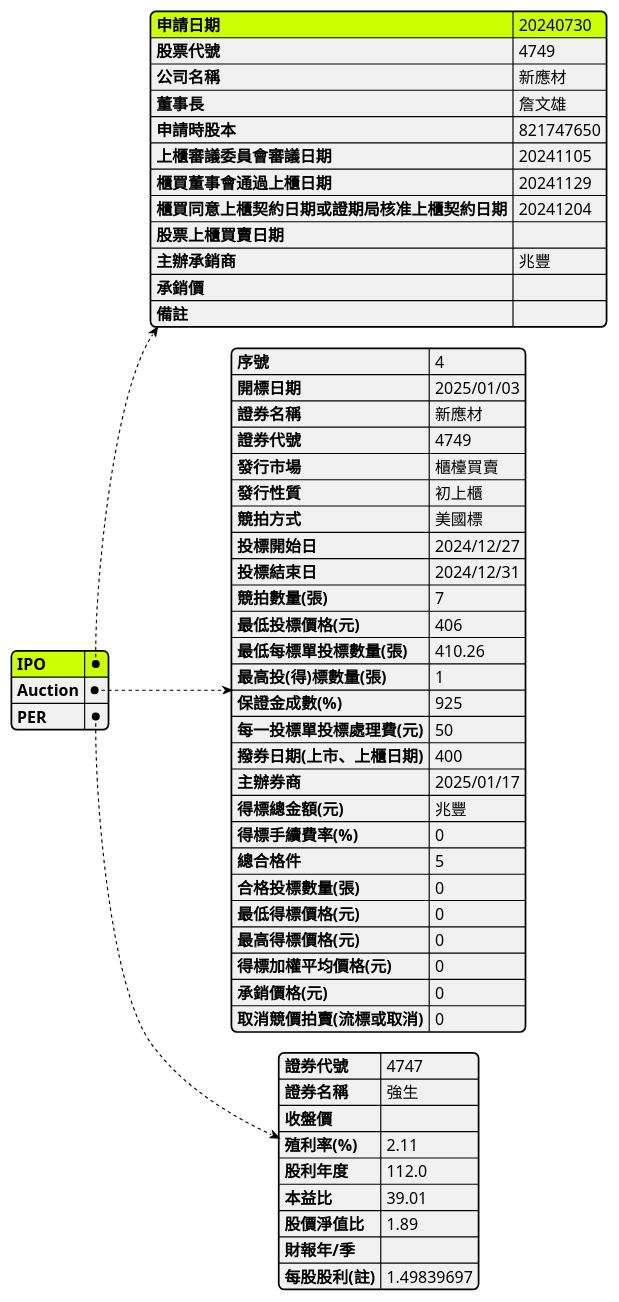
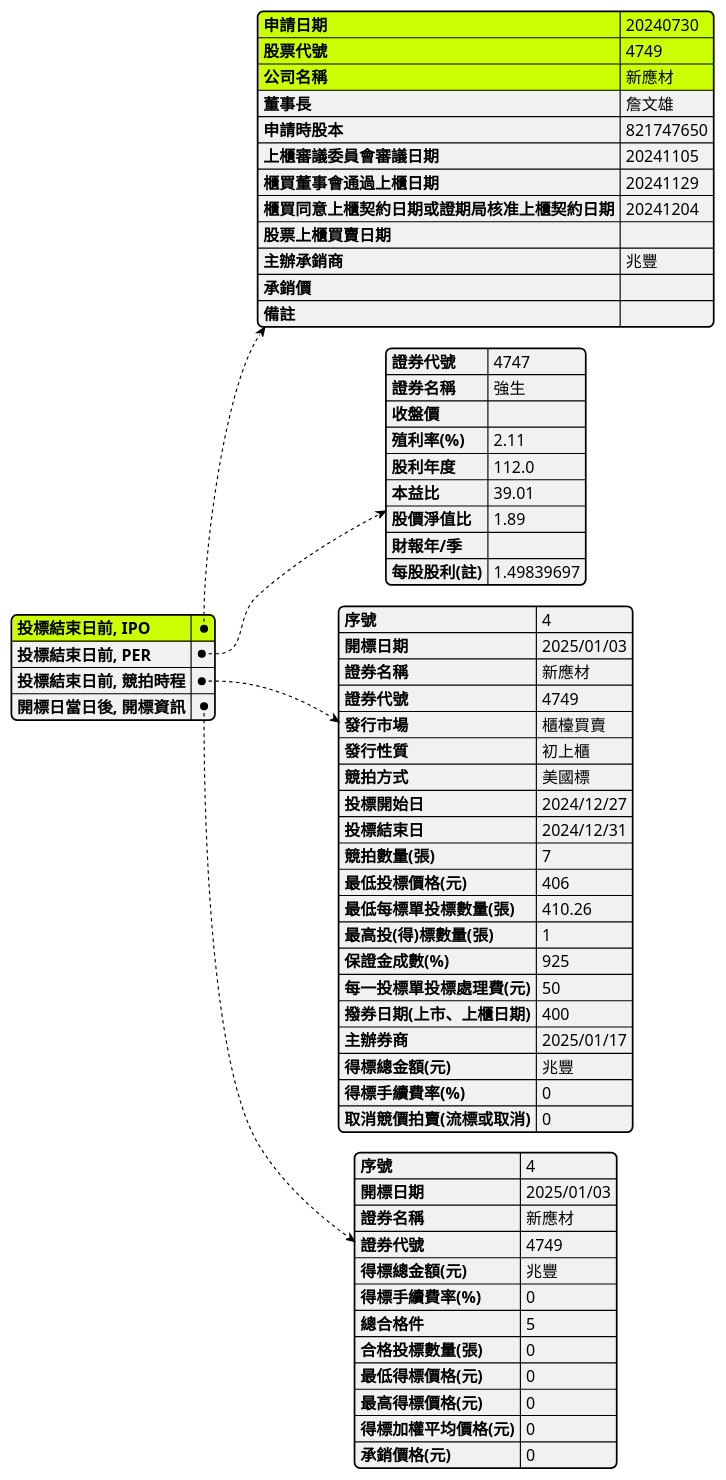
The diagram in IPO.plantuml (wenchiehlee/Selenium-Actions.Auction), drawn with PlantUML before and after one commit.

```diff
--- a/IPO.plantuml
+++ b/IPO.plantuml
@@ -1,69 +1,78 @@
 @startjson
 
 skinparam BoxPadding 10
 skinparam actorStyle awesome
 skinparam LegendBorderThickness 1
 skinparam backgroundColor transparent
 
-#highlight  "IPO"
-#highlight  "IPO" / "申請日期"
-#highlight  "證券代號"
-#highlight 	"股票代號"
+#highlight  "投標結束日前, IPO"
+#highlight  "投標結束日前, IPO" / "申請日期"
+#highlight  "投標結束日前, IPO" / "股票代號"
+#highlight  "投標結束日前, IPO" / "公司名稱"
+
 
 {
-  "IPO": {
+  "投標結束日前, IPO": {
     "申請日期": "20240730",
     "股票代號": "4749",
     "公司名稱": "新應材",
     "董事長": "詹文雄",
     "申請時股本": "821747650",
     "上櫃審議委員會審議日期": "20241105",
     "櫃買董事會通過上櫃日期": "20241129",
     "櫃買同意上櫃契約日期或證期局核准上櫃契約日期": "20241204",
     "股票上櫃買賣日期": "",
     "主辦承銷商": "兆豐",
     "承銷價": "",
     "備註": ""
   },
-  "Auction": {
+
+  "投標結束日前, PER": {
+    "證券代號": 4747,
+    "證券名稱": "強生",
+    "收盤價": "",
+    "殖利率(%)": 2.11,
+    "股利年度": 112.0,
+    "本益比": 39.01,
+    "股價淨值比": 1.89,
+    "財報年/季": "",
+    "每股股利(註)": 1.49839697
+  },
+  "投標結束日前, 競拍時程": {
     "序號": "4",
     "開標日期": "2025/01/03",
     "證券名稱": "新應材",
     "證券代號": "4749",
     "發行市場": "櫃檯買賣",
     "發行性質": "初上櫃",
     "競拍方式": "美國標",
     "投標開始日": "2024/12/27",
     "投標結束日": "2024/12/31",
     "競拍數量(張)": 7,
     "最低投標價格(元)": 406,
     "最低每標單投標數量(張)": 410.26,
     "最高投(得)標數量(張)": 1,
     "保證金成數(%)": 925,
     "每一投標單投標處理費(元)": 50,
     "撥券日期(上市、上櫃日期)": 400,
     "主辦券商": "2025/01/17",
     "得標總金額(元)": "兆豐",
     "得標手續費率(%)": 0,
+    "取消競價拍賣(流標或取消)": 0
+  },
+  "開標日當日後, 開標資訊": {
+    "序號": "4",
+    "開標日期": "2025/01/03",
+    "證券名稱": "新應材",
+    "證券代號": "4749",
+    "得標總金額(元)": "兆豐",
+    "得標手續費率(%)": 0,
     "總合格件": 5,
     "合格投標數量(張)": 0,
     "最低得標價格(元)": 0,
     "最高得標價格(元)": 0,
     "得標加權平均價格(元)": 0,
-    "承銷價格(元)": 0,
-    "取消競價拍賣(流標或取消)": 0
-  },
-  
-  "PER": {
-    "證券代號": 4747,
-    "證券名稱": "強生",
-    "收盤價": "",
-    "殖利率(%)": 2.11,
-    "股利年度": 112.0,
-    "本益比": 39.01,
-    "股價淨值比": 1.89,
-    "財報年/季": "",
-    "每股股利(註)": 1.49839697
+    "承銷價格(元)": 0
   }
 }
 @endjson
```
